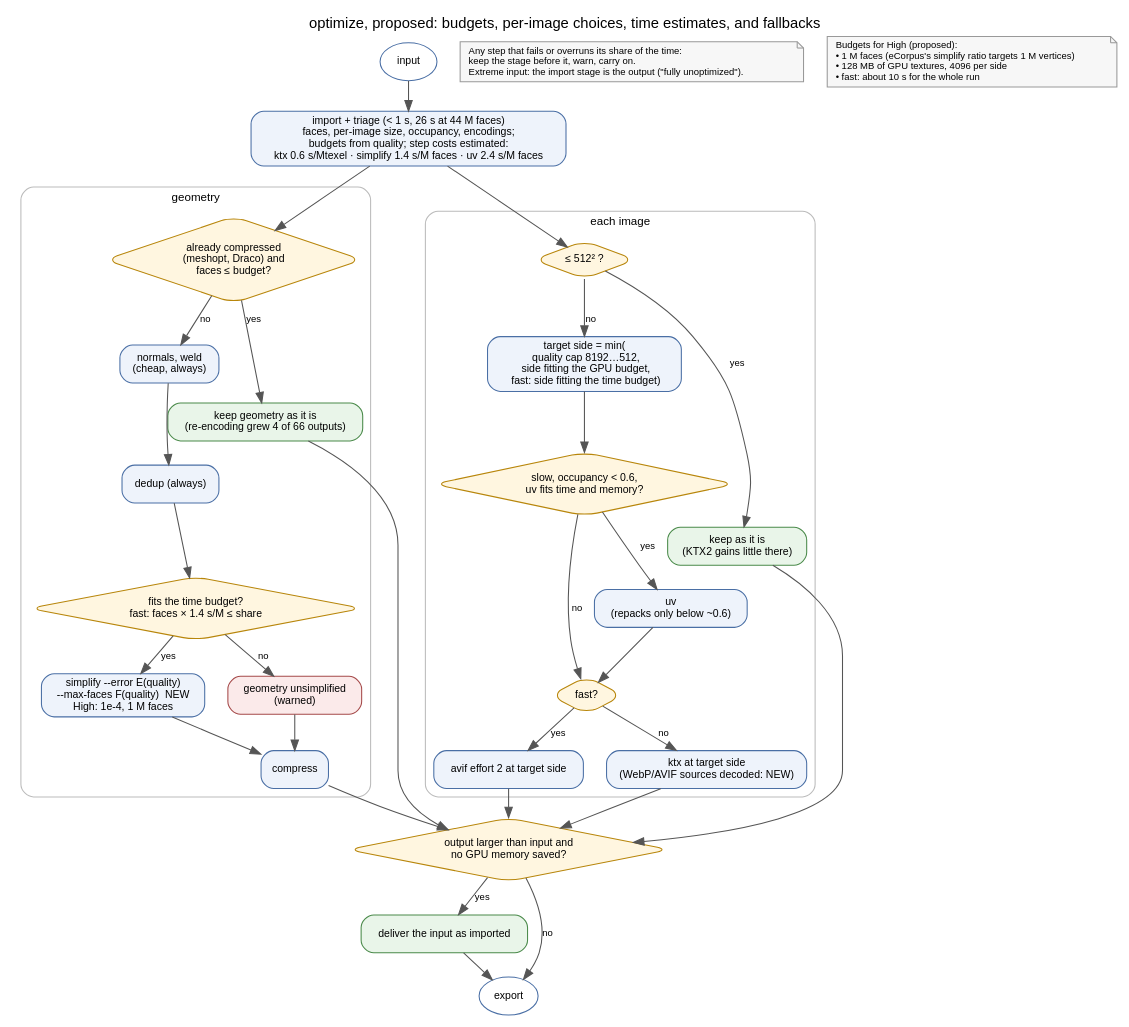
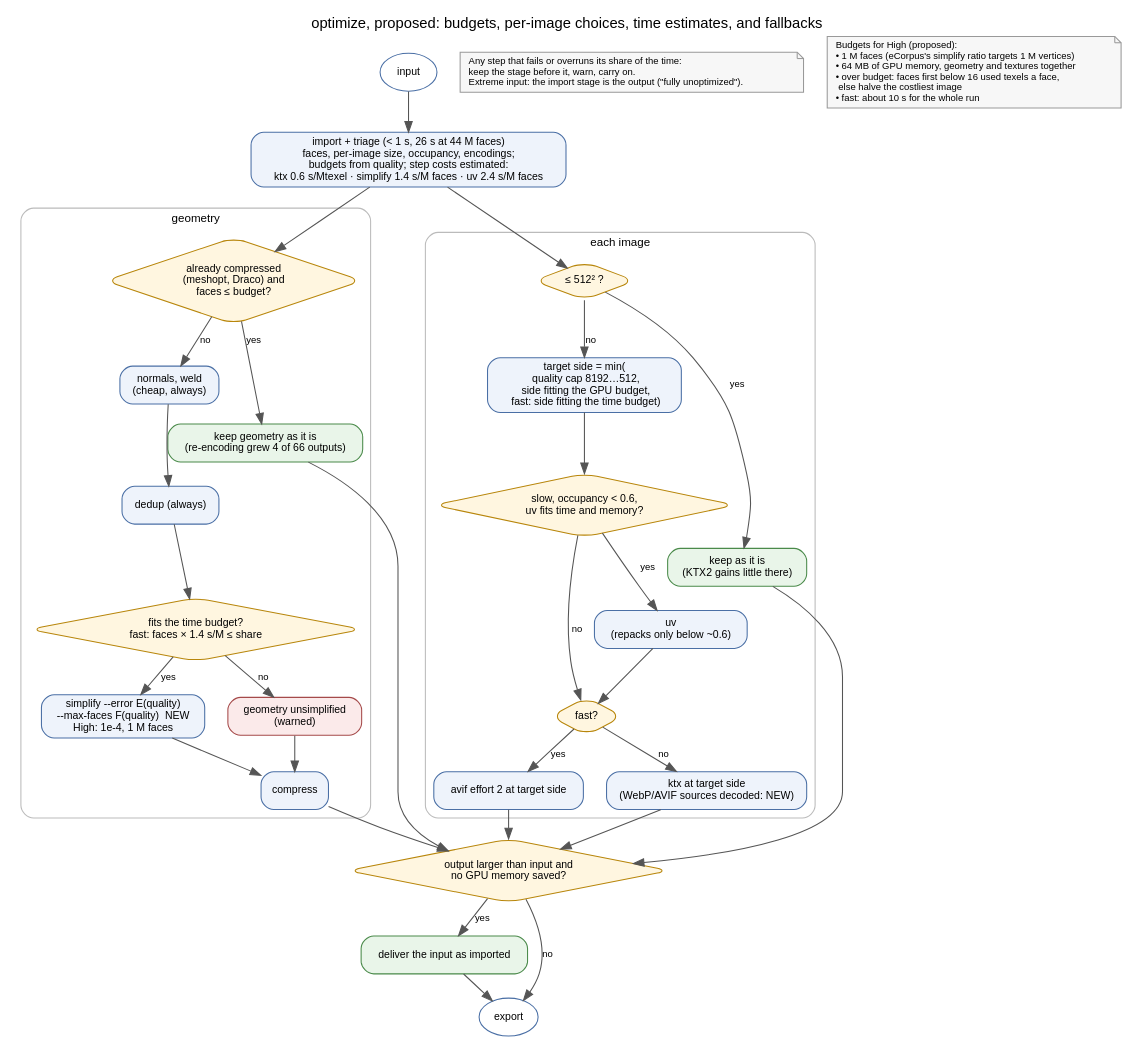
One commit to Holusion/meshtinker changed the diagram in docs/optimize-plan/proposed.dot. Above: the diagram before and after it, drawn with Graphviz. The commit also changed 3 other files, not shown here.

Commit message:
Experiment: one GPU budget for geometry and textures, with texel density as the tie-breaker

```diff
--- a/docs/optimize-plan/proposed.dot
+++ b/docs/optimize-plan/proposed.dot
@@ -1,53 +1,53 @@
 // The plan proposed in docs/experiments/optimize-survey.md. Render with:
 //   dot -Tsvg docs/optimize-plan/proposed.dot -o docs/optimize-plan/proposed.svg
 digraph proposed {
   graph [rankdir=TB, fontname="Helvetica", nodesep=0.3, ranksep=0.3, label="optimize, proposed: budgets, per-image choices, time estimates, and fallbacks", labelloc=t, fontsize=14, newrank=true];
   node [fontname="Helvetica", fontsize=10, shape=box, style="rounded,filled", fillcolor="#eef3fb", color="#4a6fa5"];
   edge [fontname="Helvetica", fontsize=9, color="#555555"];
 
   in [label="input", shape=oval, fillcolor="#ffffff"];
   import [label="import + triage (< 1 s, 26 s at 44 M faces)\nfaces, per-image size, occupancy, encodings;\nbudgets from quality; step costs estimated:\nktx 0.6 s/Mtexel · simplify 1.4 s/M faces · uv 2.4 s/M faces"];
   in -> import;
 
   subgraph cluster_geo {
     label="geometry"; fontsize=11; color="#bbbbbb"; style=rounded;
     gc [label="already compressed\n(meshopt, Draco) and\nfaces ≤ budget?", shape=diamond, fillcolor="#fff6e0", color="#b8860b"];
     keepgeo [label="keep geometry as it is\n(re-encoding grew 4 of 66 outputs)", fillcolor="#e9f5e9", color="#4a8a4a"];
     nw [label="normals, weld\n(cheap, always)"];
     dedup [label="dedup (always)"];
     gt [label="fits the time budget?\nfast: faces × 1.4 s/M ≤ share", shape=diamond, fillcolor="#fff6e0", color="#b8860b"];
     simp [label="simplify --error E(quality)\n--max-faces F(quality)  NEW\nHigh: 1e-4, 1 M faces"];
     rawgeo [label="geometry unsimplified\n(warned)", fillcolor="#fbeaea", color="#a54a4a"];
     comp [label="compress"];
     gc -> keepgeo [label="yes"];
     gc -> nw [label="no"]; nw -> dedup -> gt;
     gt -> simp [label="yes"]; gt -> rawgeo [label="no"];
     simp -> comp; rawgeo -> comp;
   }
 
   subgraph cluster_tex {
     label="each image"; fontsize=11; color="#bbbbbb"; style=rounded;
     small [label="≤ 512² ?", shape=diamond, fillcolor="#fff6e0", color="#b8860b"];
     keepimg [label="keep as it is\n(KTX2 gains little there)", fillcolor="#e9f5e9", color="#4a8a4a"];
     side [label="target side = min(\n  quality cap 8192…512,\n  side fitting the GPU budget,\n  fast: side fitting the time budget)"];
     occ [label="slow, occupancy < 0.6,\nuv fits time and memory?", shape=diamond, fillcolor="#fff6e0", color="#b8860b"];
     uv [label="uv\n(repacks only below ~0.6)"];
     fmt [label="fast?", shape=diamond, fillcolor="#fff6e0", color="#b8860b"];
     ktx [label="ktx at target side\n(WebP/AVIF sources decoded: NEW)"];
     avif [label="avif effort 2 at target side"];
     small -> keepimg [label="yes"]; small -> side [label="no"];
     side -> occ; occ -> uv [label="yes"]; occ -> fmt [label="no"]; uv -> fmt;
     fmt -> ktx [label="no"]; fmt -> avif [label="yes"];
   }
 
   import -> gc; import -> small;
 
   guard [label="output larger than input and\nno GPU memory saved?", shape=diamond, fillcolor="#fff6e0", color="#b8860b"];
   useinput [label="deliver the input as imported", fillcolor="#e9f5e9", color="#4a8a4a"];
   export [label="export", shape=oval, fillcolor="#ffffff"];
   comp -> guard; keepgeo -> guard; keepimg -> guard; ktx -> guard; avif -> guard;
   guard -> useinput [label="yes"]; guard -> export [label="no"]; useinput -> export;
 
   fail [shape=note, fillcolor="#f7f7f7", color="#999999", fontsize=9, label="Any step that fails or overruns its share of the time:\lkeep the stage before it, warn, carry on.\lExtreme input: the import stage is the output (\"fully unoptimized\").\l"];
-  budgets [shape=note, fillcolor="#f7f7f7", color="#999999", fontsize=9, label="Budgets for High (proposed):\l• 1 M faces (eCorpus's simplify ratio targets 1 M vertices)\l• 128 MB of GPU textures, 4096 per side\l• fast: about 10 s for the whole run\l"];
+  budgets [shape=note, fillcolor="#f7f7f7", color="#999999", fontsize=9, label="Budgets for High (proposed):\l• 1 M faces (eCorpus's simplify ratio targets 1 M vertices)\l• 64 MB of GPU memory, geometry and textures together\l• over budget: faces first below 16 used texels a face,\l  else halve the costliest image\l• fast: about 10 s for the whole run\l"];
 }
```
